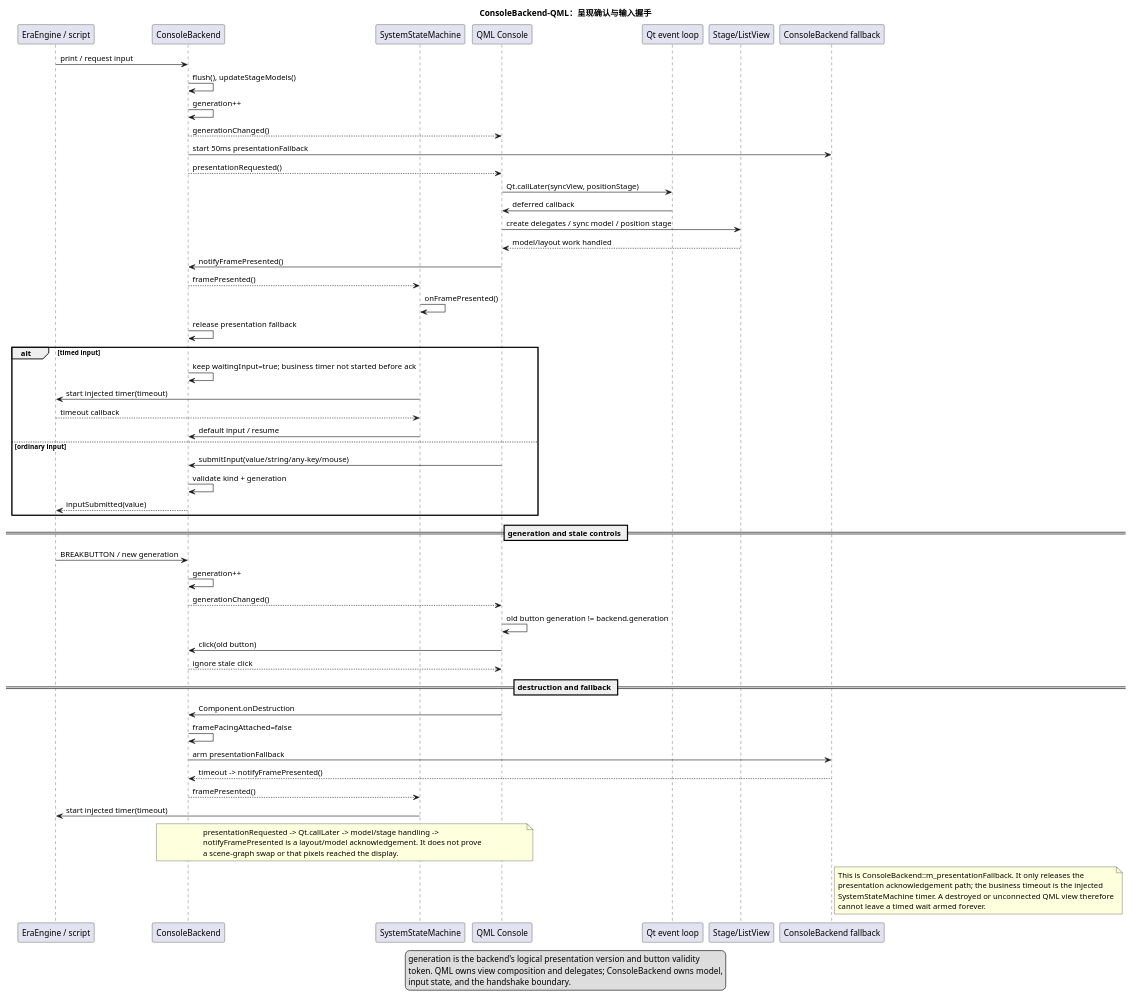
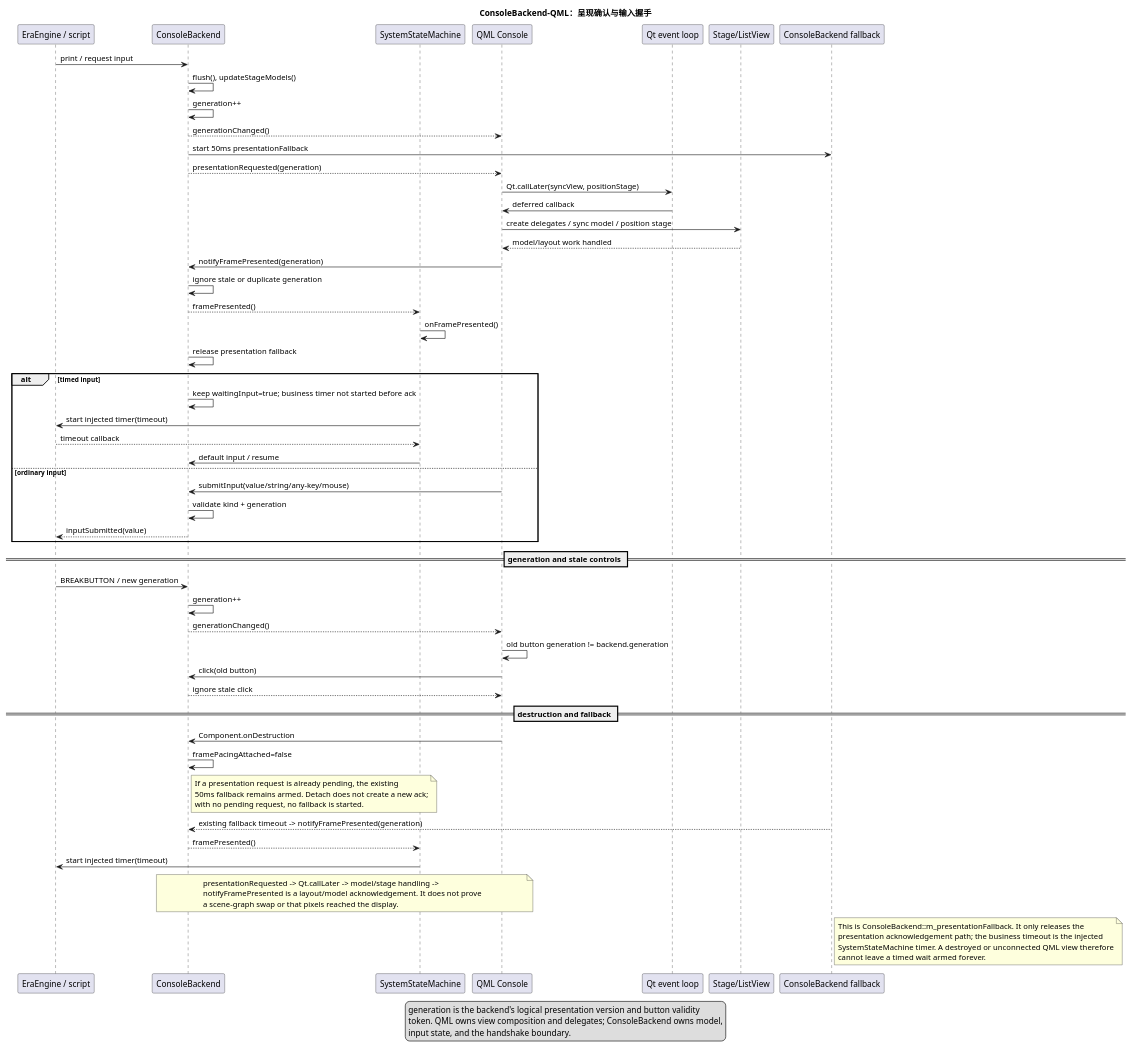
Before and after one commit to yigekuyou/qt-eraemu: the diagram in docs/uml/15-console-qml-handshake.puml, drawn with PlantUML. The commit also changed 7 other files, not shown here.

```diff
--- a/docs/uml/15-console-qml-handshake.puml
+++ b/docs/uml/15-console-qml-handshake.puml
@@ -1,76 +1,81 @@
 @startuml 15-console-qml-handshake
 !pragma layout smetana
 ' ConsoleBackend 与 QML 的 presentation/input 握手。
 ' 来源：GameView/console_backend.h/.cpp, qml/Console.qml, qml/ConsoleBlock.qml
 
 title ConsoleBackend-QML：呈现确认与输入握手
 
 participant "EraEngine / script" as E
 participant "ConsoleBackend" as B
 participant "SystemStateMachine" as S
 participant "QML Console" as C
 participant "Qt event loop" as Qt
 participant "Stage/ListView" as V
 participant "ConsoleBackend fallback" as F
 
 E -> B : print / request input
 B -> B : flush(), updateStageModels()
 B -> B : generation++
 B --> C : generationChanged()
 B -> F : start 50ms presentationFallback
-B --> C : presentationRequested()
+B --> C : presentationRequested(generation)
 C -> Qt : Qt.callLater(syncView, positionStage)
 Qt -> C : deferred callback
 C -> V : create delegates / sync model / position stage
 V --> C : model/layout work handled
-C -> B : notifyFramePresented()
+C -> B : notifyFramePresented(generation)
+B -> B : ignore stale or duplicate generation
 B --> S : framePresented()
 S -> S : onFramePresented()
 B -> B : release presentation fallback
 
 alt timed input
   B -> B : keep waitingInput=true; business timer not started before ack
   S -> E : start injected timer(timeout)
   E --> S : timeout callback
   S -> B : default input / resume
 else ordinary input
   C -> B : submitInput(value/string/any-key/mouse)
   B -> B : validate kind + generation
   B --> E : inputSubmitted(value)
 end
 
 == generation and stale controls ==
 E -> B : BREAKBUTTON / new generation
 B -> B : generation++
 B --> C : generationChanged()
 C -> C : old button generation != backend.generation
 C -> B : click(old button)
 B --> C : ignore stale click
 
 == destruction and fallback ==
 C -> B : Component.onDestruction
 B -> B : framePacingAttached=false
-B -> F : arm presentationFallback
-F --> B : timeout -> notifyFramePresented()
+note right of B
+  If a presentation request is already pending, the existing
+  50ms fallback remains armed. Detach does not create a new ack;
+  with no pending request, no fallback is started.
+end note
+F --> B : existing fallback timeout -> notifyFramePresented(generation)
 B --> S : framePresented()
 S -> E : start injected timer(timeout)
 
 note over B,C
   presentationRequested -> Qt.callLater -> model/stage handling ->
   notifyFramePresented is a layout/model acknowledgement. It does not prove
   a scene-graph swap or that pixels reached the display.
 end note
 
 note right of F
   This is ConsoleBackend::m_presentationFallback. It only releases the
   presentation acknowledgement path; the business timeout is the injected
   SystemStateMachine timer. A destroyed or unconnected QML view therefore
   cannot leave a timed wait armed forever.
 end note
 
 legend bottom
   generation is the backend's logical presentation version and button validity
   token. QML owns view composition and delegates; ConsoleBackend owns model,
   input state, and the handshake boundary.
 endlegend
 @enduml
```
